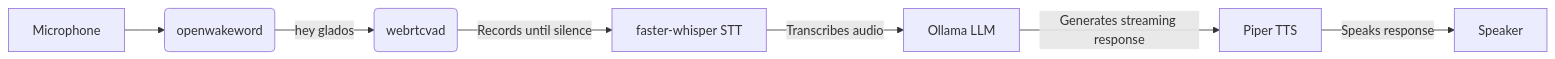
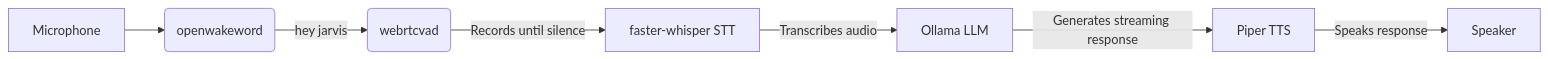
One commit to BranchingBad/ollama-STT-TTS changed the diagram in README.md. Above: the diagram before and after it, drawn with Mermaid. The commit also changed other lines of this file and 3 other files, not shown here.

````diff
--- a/README.md
+++ b/README.md
@@ -9,9 +9,9 @@
 ```mermaid
 flowchart LR
     A[Microphone] --> B(openwakeword);
-    B -- "hey glados" --> C(webrtcvad);
+    B -- "hey jarvis" --> C(webrtcvad);
     C -- "Records until silence" --> D[faster-whisper STT];
     D -- "Transcribes audio" --> E[Ollama LLM];
     E -- "Generates streaming response" --> F[Piper TTS];
     F -- "Speaks response" --> G[Speaker];
 ```
````
